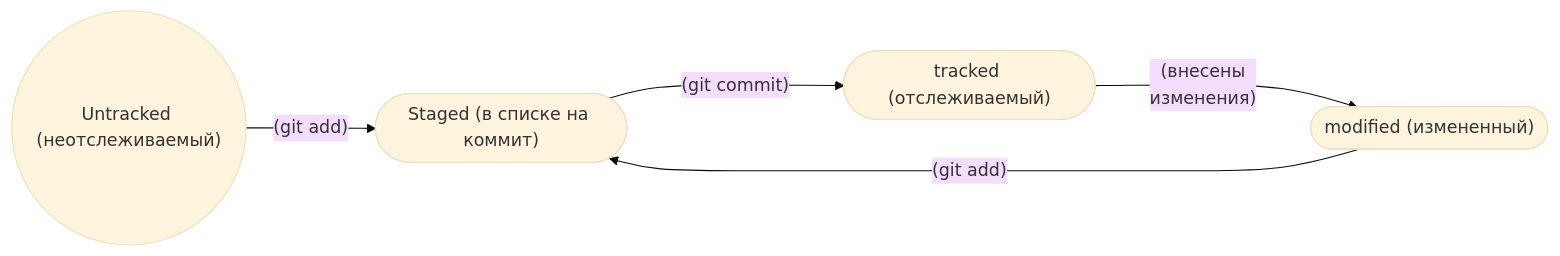
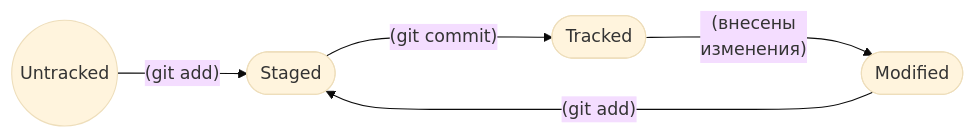
One commit to jjuiiva/homework1 changed the diagram in README.md. Above: the diagram before and after it, drawn with Mermaid (base theme).

Commit message:
Попытка 4 исправить неработающую схему

````diff
--- a/README.md
+++ b/README.md
@@ -84,12 +84,14 @@
 ```mermaid
 flowchart LR
-    A(("Untracked (неотслеживаемый)"))
-    B(["Staged (в списке на коммит)"])
-    C(["modified (измененный)"])
-    D(["tracked (отслеживаемый)"])
+
+    A((Untracked))
+    B([Staged])
+    C([Modified])
+    D([Tracked])
+
     A -- (git add) --> B
     B -- (git commit) --> D
     D -- (внесены
     изменения) ---> C
     C -- (git add) -----> B
 ```
````
